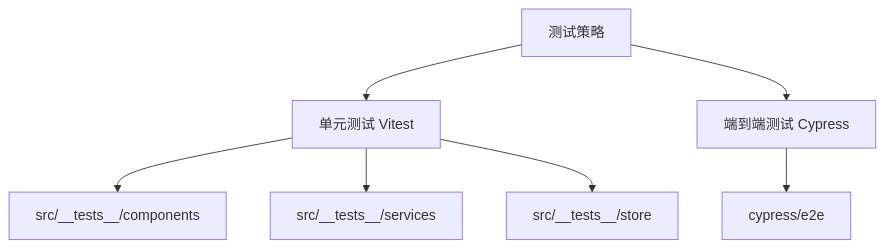
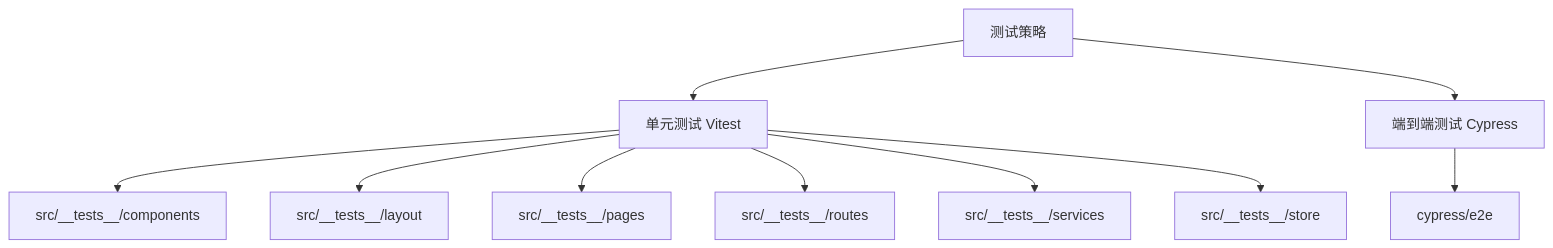
The first of 2 diagrams in .qoder/repowiki/zh/content/测试策略/测试策略.md (fengerzh/react-vscode-template), drawn with Mermaid before and after one commit. The commit also changed other lines of this file and 4 other files, not shown here.

````diff
--- a/.qoder/repowiki/zh/content/测试策略/测试策略.md
+++ b/.qoder/repowiki/zh/content/测试策略/测试策略.md
@@ -43,9 +59,12 @@
 ```mermaid
 graph TD
 A[测试策略] --> B[单元测试 Vitest]
 A --> C[端到端测试 Cypress]
 B --> D[src/__tests__/components]
-B --> E[src/__tests__/services]
-B --> F[src/__tests__/store]
-C --> G[cypress/e2e]
+B --> E[src/__tests__/layout]
+B --> F[src/__tests__/pages]
+B --> G[src/__tests__/routes]
+B --> H[src/__tests__/services]
+B --> I[src/__tests__/store]
+C --> J[cypress/e2e]
 ```
````
